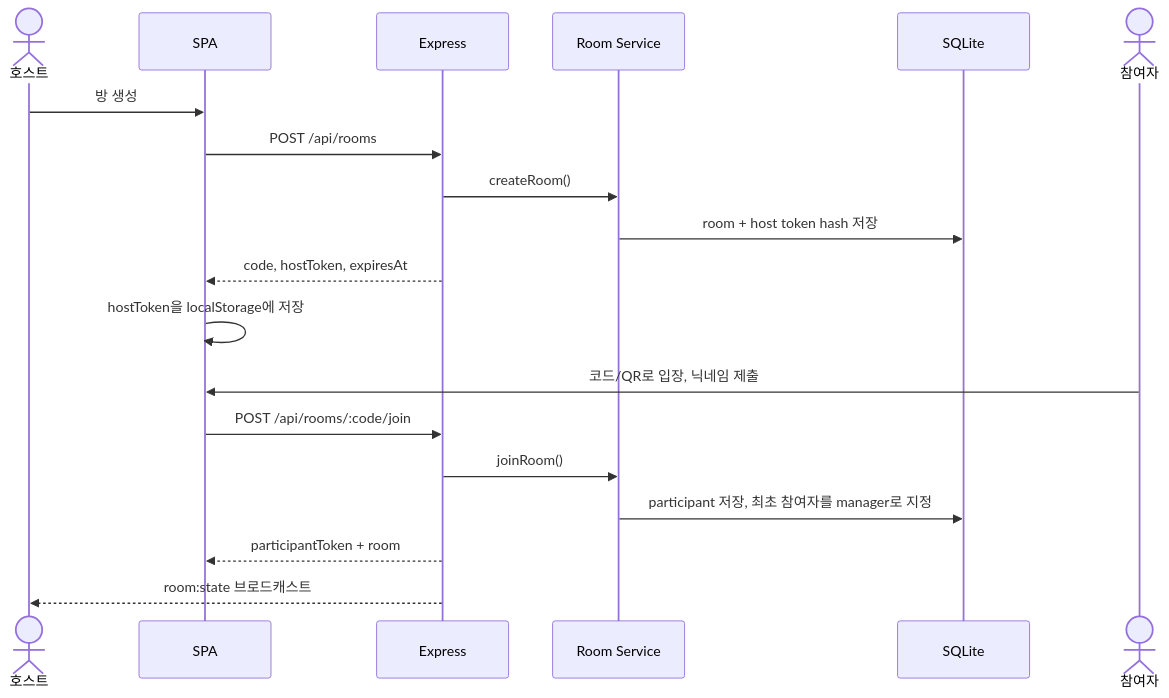
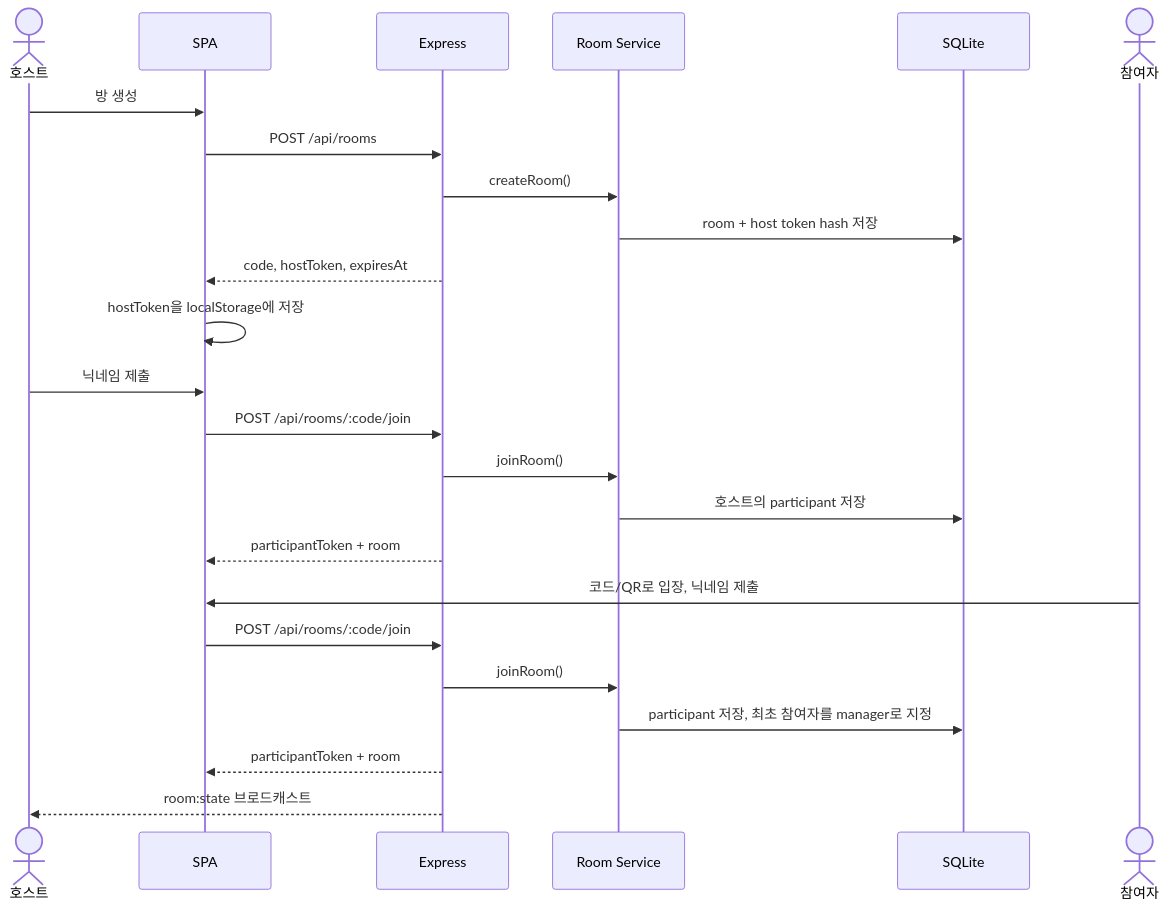
Before and after one commit to whitekw/jukebox: the fourth of 7 diagrams in docs/ARCHITECTURE.md, drawn with Mermaid. The commit also changed other lines of this file and 19 other files, not shown here.

````diff
--- a/docs/ARCHITECTURE.md
+++ b/docs/ARCHITECTURE.md
@@ -154,23 +150,28 @@
 ```mermaid
 sequenceDiagram
     actor Host as 호스트
     participant FE as SPA
     participant API as Express
     participant RS as Room Service
     participant DB as SQLite
     actor Guest as 참여자
 
     Host->>FE: 방 생성
     FE->>API: POST /api/rooms
     API->>RS: createRoom()
     RS->>DB: room + host token hash 저장
     API-->>FE: code, hostToken, expiresAt
     FE->>FE: hostToken을 localStorage에 저장
+    Host->>FE: 닉네임 제출
+    FE->>API: POST /api/rooms/:code/join
+    API->>RS: joinRoom()
+    RS->>DB: 호스트의 participant 저장
+    API-->>FE: participantToken + room
 
     Guest->>FE: 코드/QR로 입장, 닉네임 제출
     FE->>API: POST /api/rooms/:code/join
     API->>RS: joinRoom()
     RS->>DB: participant 저장, 최초 참여자를 manager로 지정
     API-->>FE: participantToken + room
     API-->>Host: room:state 브로드캐스트
 ```
````
